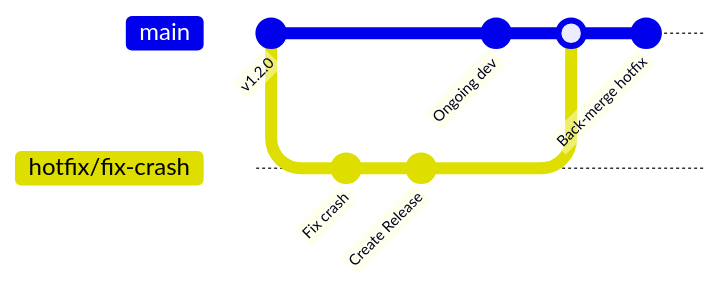
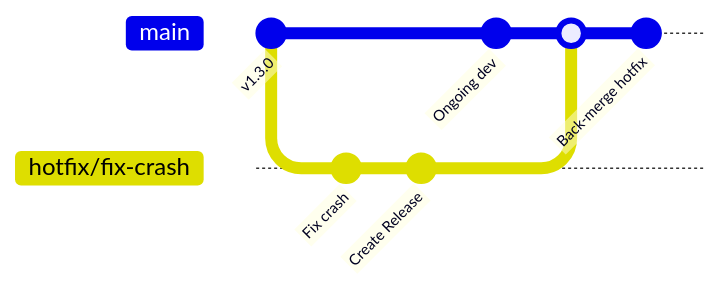
Before and after one commit to PlainsightAI/openfilter: the second of 2 diagrams in CONTRIBUTING.md, drawn with Mermaid. The commit also changed other lines of this file and 14 other files, not shown here.

````diff
--- a/CONTRIBUTING.md
+++ b/CONTRIBUTING.md
@@ -397,12 +397,12 @@
 ```mermaid
 gitGraph
-   commit id: "v1.2.0"
+   commit id: "v1.3.0"
    branch hotfix/fix-crash
    commit id: "Fix crash"
    commit id: "Create Release"
    checkout main
    commit id: "Ongoing dev"
    merge hotfix/fix-crash
    commit id: "Back-merge hotfix"
 
 ```
````
